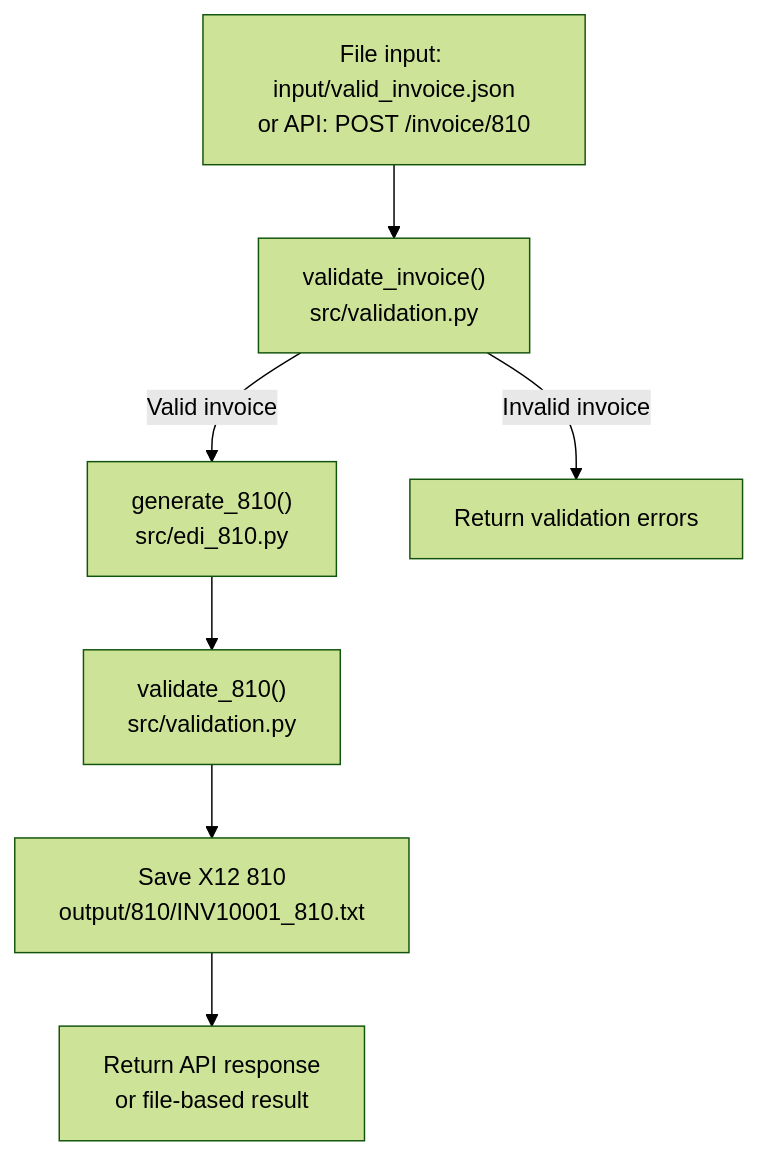
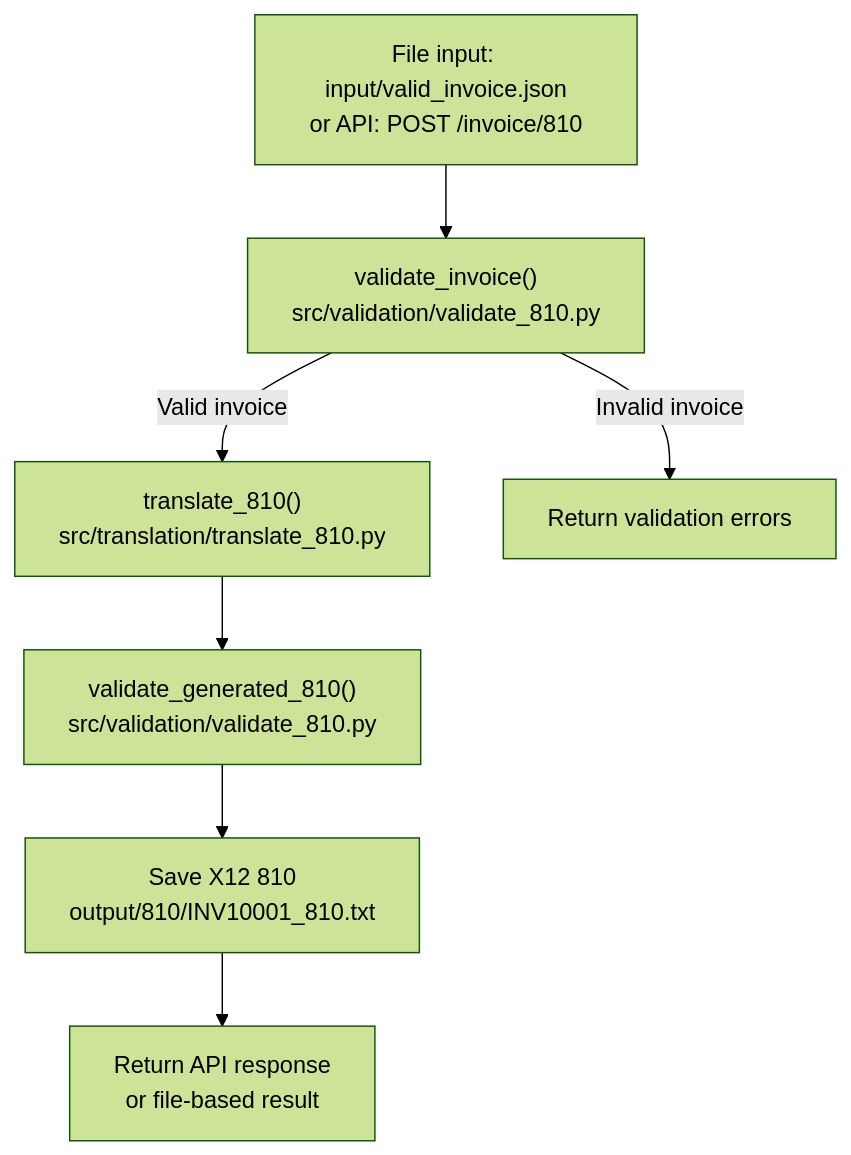
Before and after one commit to alowinarp/edi-integration-pipeline: the second of 2 diagrams in README.md, drawn with Mermaid (forest theme). The commit also changed other lines of this file, not shown here.

Commit message:
docs: add validate_envelope layer to README

````diff
--- a/README.md
+++ b/README.md
@@ -39,9 +64,9 @@
 ```mermaid
 flowchart TD
-    B1["File input: input/valid_invoice.json<br/>or API: POST /invoice/810"] --> B2["validate_invoice()<br/>src/validation.py"]
-    B2 -->|Valid invoice| B3["generate_810()<br/>src/edi_810.py"]
+    B1["File input: input/valid_invoice.json<br/>or API: POST /invoice/810"] --> B2["validate_invoice()<br/>src/validation/validate_810.py"]
+    B2 -->|Valid invoice| B3["translate_810()<br/>src/translation/translate_810.py"]
     B2 -->|Invalid invoice| B4["Return validation errors"]
-    B3 --> B5["validate_810()<br/>src/validation.py"]
+    B3 --> B5["validate_generated_810()<br/>src/validation/validate_810.py"]
     B5 --> B6["Save X12 810<br/>output/810/INV10001_810.txt"]
     B6 --> B7["Return API response<br/>or file-based result"]
 ```
````
